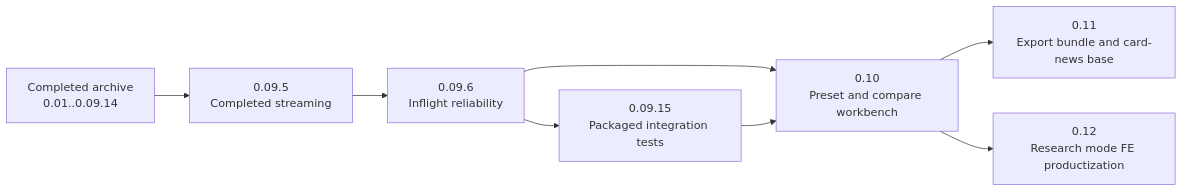
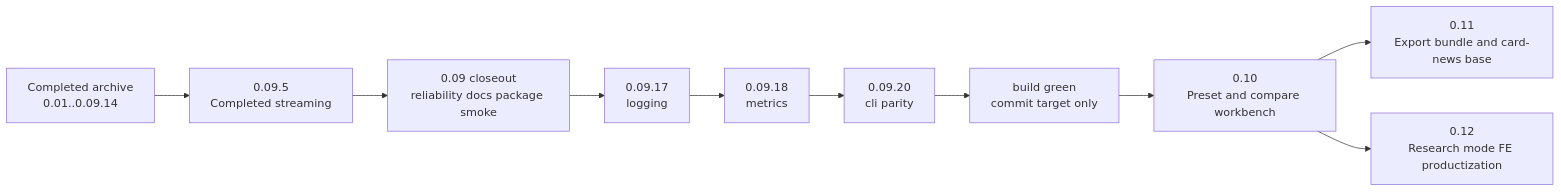
One commit to ChatPoongKun/ima2-gen changed the diagram in devlog/_plan/unified-roadmap.md. Above: the diagram before and after it, drawn with Mermaid. The commit also changed other lines of this file and 7 other files, not shown here.

Commit message:
docs: refresh roadmap after card news planning

````diff
--- a/devlog/_plan/unified-roadmap.md
+++ b/devlog/_plan/unified-roadmap.md
@@ -23,11 +23,13 @@
 ```mermaid
 graph LR
     FIN["Completed archive<br/>0.01..0.09.14"] --> STREAM["0.09.5<br/>Completed streaming"]
-    STREAM --> RELIABLE["0.09.6<br/>Inflight reliability"]
-    RELIABLE --> TESTS["0.09.15<br/>Packaged integration tests"]
-    RELIABLE --> FEATURE
-    TESTS --> FEATURE
+    STREAM --> CLOSE["0.09 closeout<br/>reliability docs package smoke"]
+    CLOSE --> LOGS["0.09.17<br/>logging"]
+    LOGS --> METRICS["0.09.18<br/>metrics"]
+    METRICS --> CLI["0.09.20<br/>cli parity"]
+    CLI --> BUILD["build green<br/>commit target only"]
+    BUILD --> FEATURE
     FEATURE["0.10<br/>Preset and compare workbench"]
     FEATURE --> EXPORT["0.11<br/>Export bundle and card-news base"]
     FEATURE --> RESEARCH["0.12<br/>Research mode FE productization"]
 ```
````
